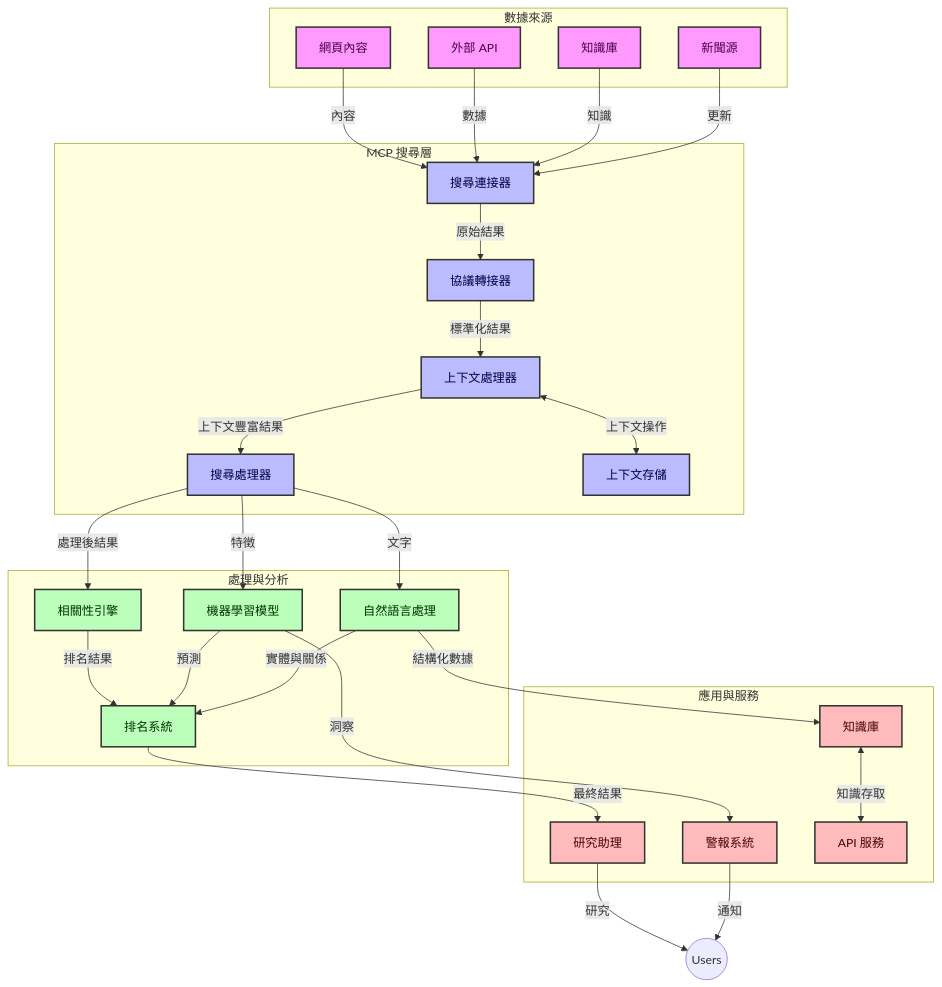
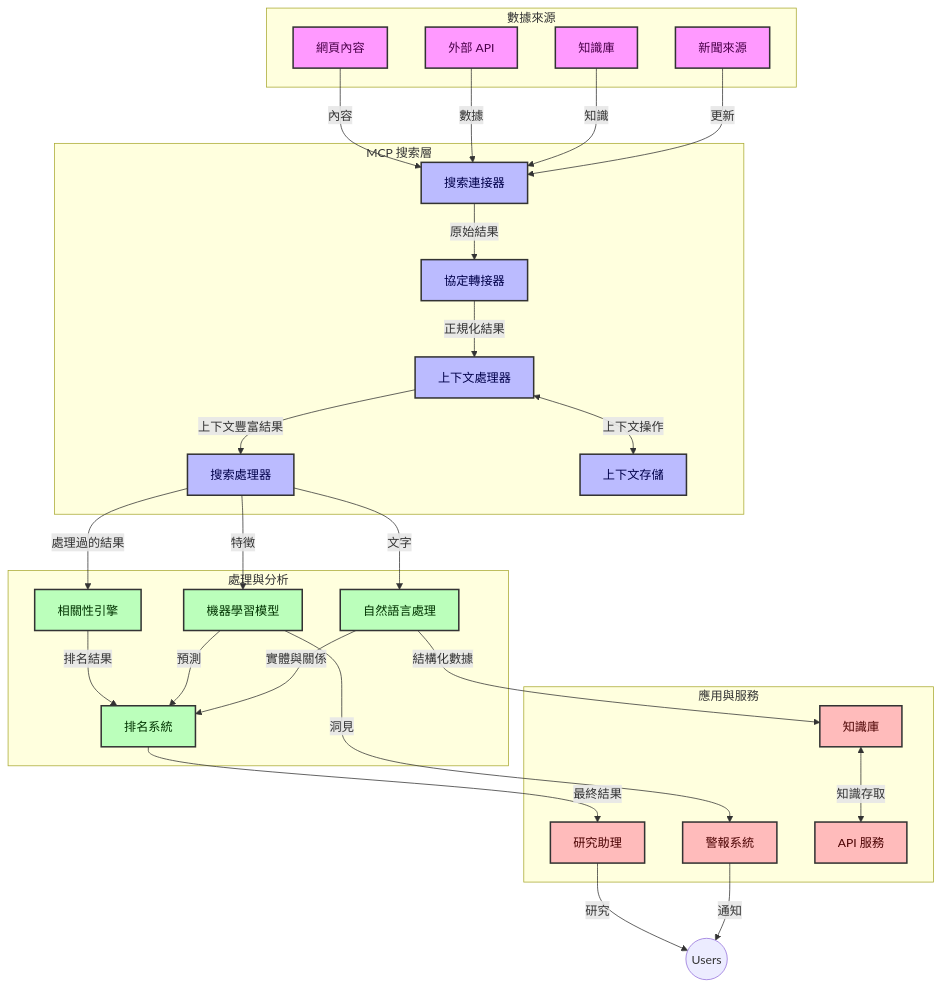
Before and after one commit to microsoft/mcp-for-beginners: the first of 4 diagrams in translations/zh-MO/05-AdvancedTopics/mcp-realtimesearch/README.md, drawn with Mermaid. The commit also changed other lines of this file and 103 other files, not shown here.

````diff
--- a/translations/zh-MO/05-AdvancedTopics/mcp-realtimesearch/README.md
+++ b/translations/zh-MO/05-AdvancedTopics/mcp-realtimesearch/README.md
@@ -109,66 +109,66 @@
 ```mermaid
 graph TD
     subgraph "數據來源"
         Web[網頁內容]
         APIs[外部 API]
         DB[知識庫]
-        News[新聞源]
+        News[新聞來源]
     end
 
-    subgraph "MCP 搜尋層"
-        SC[搜尋連接器]
-        PA[協議轉接器]
+    subgraph "MCP 搜索層"
+        SC[搜索連接器]
+        PA[協定轉接器]
         CH[上下文處理器]
-        SP[搜尋處理器]
+        SP[搜索處理器]
         CS[上下文存儲]
     end
 
     subgraph "處理與分析"
         RE[相關性引擎]
         ML[機器學習模型]
         NLP[自然語言處理]
         Rank[排名系統]
     end
 
     subgraph "應用與服務"
         RA[研究助理]
         Alerts[警報系統]
         KB[知識庫]
         API[API 服務]
     end
 
     Web -->|內容| SC
     APIs -->|數據| SC
     DB -->|知識| SC
     News -->|更新| SC
     
     SC -->|原始結果| PA
-    PA -->|標準化結果| CH
+    PA -->|正規化結果| CH
     CH <-->|上下文操作| CS
     CH -->|上下文豐富結果| SP
-    SP -->|處理後結果| RE
+    SP -->|處理過的結果| RE
     SP -->|特徵| ML
     SP -->|文字| NLP
     
     RE -->|排名結果| Rank
     ML -->|預測| Rank
     NLP -->|實體與關係| Rank
     
     Rank -->|最終結果| RA
-    ML -->|洞察| Alerts
+    ML -->|洞見| Alerts
     NLP -->|結構化數據| KB
     
     RA -->|研究| Users((Users))
     Alerts -->|通知| Users
     KB <-->|知識存取| API
 
     classDef sources fill:#f9f,stroke:#333,stroke-width:2px,color:#4a004a
     classDef mcp fill:#bbf,stroke:#333,stroke-width:2px,color:#00004a
     classDef processing fill:#bfb,stroke:#333,stroke-width:2px,color:#003300
     classDef apps fill:#fbb,stroke:#333,stroke-width:2px,color:#4a0000
     
     class Web,APIs,DB,News sources
     class SC,PA,CH,SP,CS mcp
     class RE,ML,NLP,Rank processing
     class RA,Alerts,KB,API apps
 ```
````
